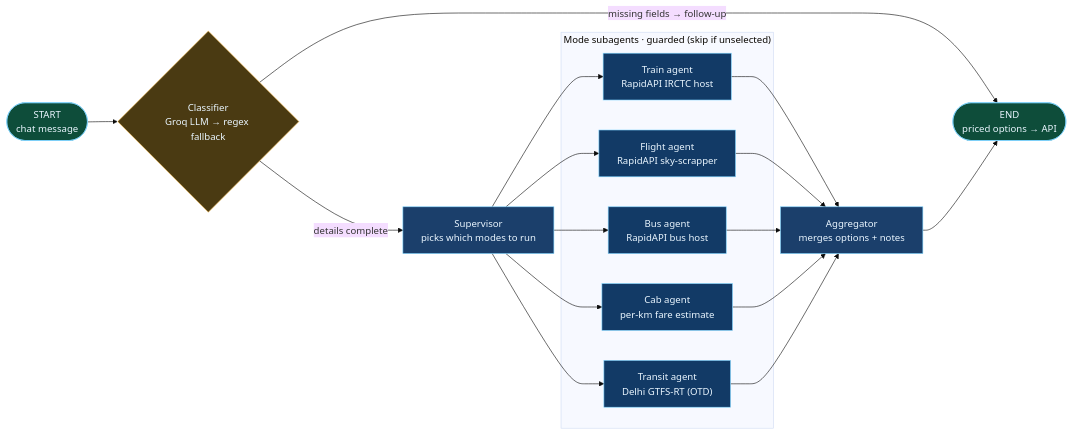
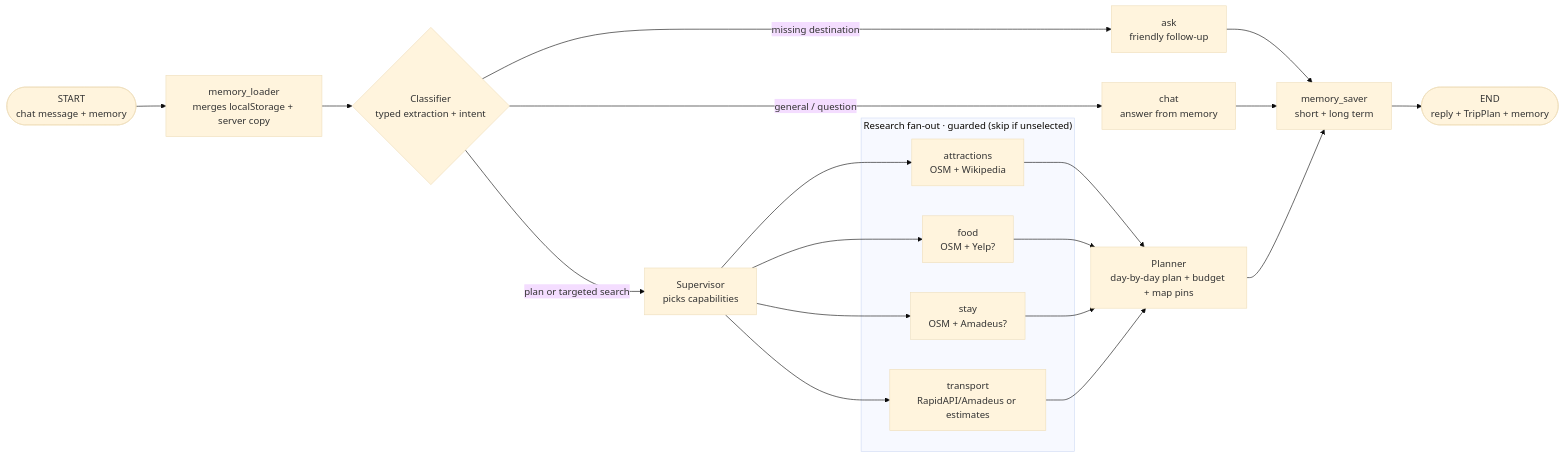
The diagram in backend/README.md (S-MADHAN-KUMAR/Destinify-Travel-Agent), drawn with Mermaid (base theme) before and after one commit. The commit also changed other lines of this file and 10 other files, not shown here.

Commit message:
feat: enhance trip planning with memory persistence and image loading optimizations; add end-to-end smoke tests

````diff
--- a/backend/README.md
+++ b/backend/README.md
@@ -48,43 +68,36 @@
 ```mermaid
 flowchart LR
-    START([START<br/>chat message]) --> classifier
+    START([START<br/>chat message + memory]) --> loader["memory_loader<br/>merges localStorage + server copy"]
+    loader --> classifier
 
-    classifier{"Classifier<br/>Groq LLM → regex fallback"}
+    classifier{"Classifier<br/>typed extraction + intent"}
 
-    classifier -->|details complete| supervisor
-    classifier -->|"missing fields → follow-up"| END
+    classifier -->|"missing destination"| ask["ask<br/>friendly follow-up"]
+    classifier -->|"general / question"| chat["chat<br/>answer from memory"]
+    classifier -->|"plan or targeted search"| supervisor
 
-    supervisor["Supervisor<br/>picks which modes to run"]
+    supervisor["Supervisor<br/>picks capabilities"]
 
-    subgraph modes["Mode subagents · guarded (skip if unselected)"]
-        train["Train agent<br/>RapidAPI IRCTC host"]
-        flight["Flight agent<br/>RapidAPI sky-scrapper"]
-        bus["Bus agent<br/>RapidAPI bus host"]
-        cab["Cab agent<br/>per-km fare estimate"]
-        transit["Transit agent<br/>Delhi GTFS-RT (OTD)"]
+    subgraph fanout["Research fan-out · guarded (skip if unselected)"]
+        attractions["attractions<br/>OSM + Wikipedia"]
+        food["food<br/>OSM + Yelp?"]
+        stay["stay<br/>OSM + Amadeus?"]
+        transport["transport<br/>RapidAPI/Amadeus or estimates"]
     end
 
-    supervisor --> train
-    supervisor --> flight
-    supervisor --> bus
-    supervisor --> cab
-    supervisor --> transit
+    supervisor --> attractions
+    supervisor --> food
+    supervisor --> stay
+    supervisor --> transport
 
-    train --> aggregator
-    flight --> aggregator
-    bus --> aggregator
-    cab --> aggregator
-    transit --> aggregator
+    attractions --> planner
+    food --> planner
+    stay --> planner
+    transport --> planner
 
-    aggregator["Aggregator<br/>merges options + notes"] --> END([END<br/>priced options → API])
-
-    classDef entry fill:#0e4d3a,stroke:#7fd4ff,color:#eaf6ff
-    classDef router fill:#4a3a12,stroke:#ffc861,color:#eaf6ff
-    classDef core fill:#1b3f6b,stroke:#7fd4ff,color:#eaf6ff
-    classDef agent fill:#123a66,stroke:#7fd4ff,color:#eaf6ff
-
-    class START,END entry
-    class classifier router
-    class supervisor,aggregator core
-    class train,flight,bus,cab,transit agent
+    planner["Planner<br/>day-by-day plan + budget + map pins"]
+    ask --> saver["memory_saver<br/>short + long term"]
+    chat --> saver
+    planner --> saver
+    saver --> END([END<br/>reply + TripPlan + memory])
 ```
````
